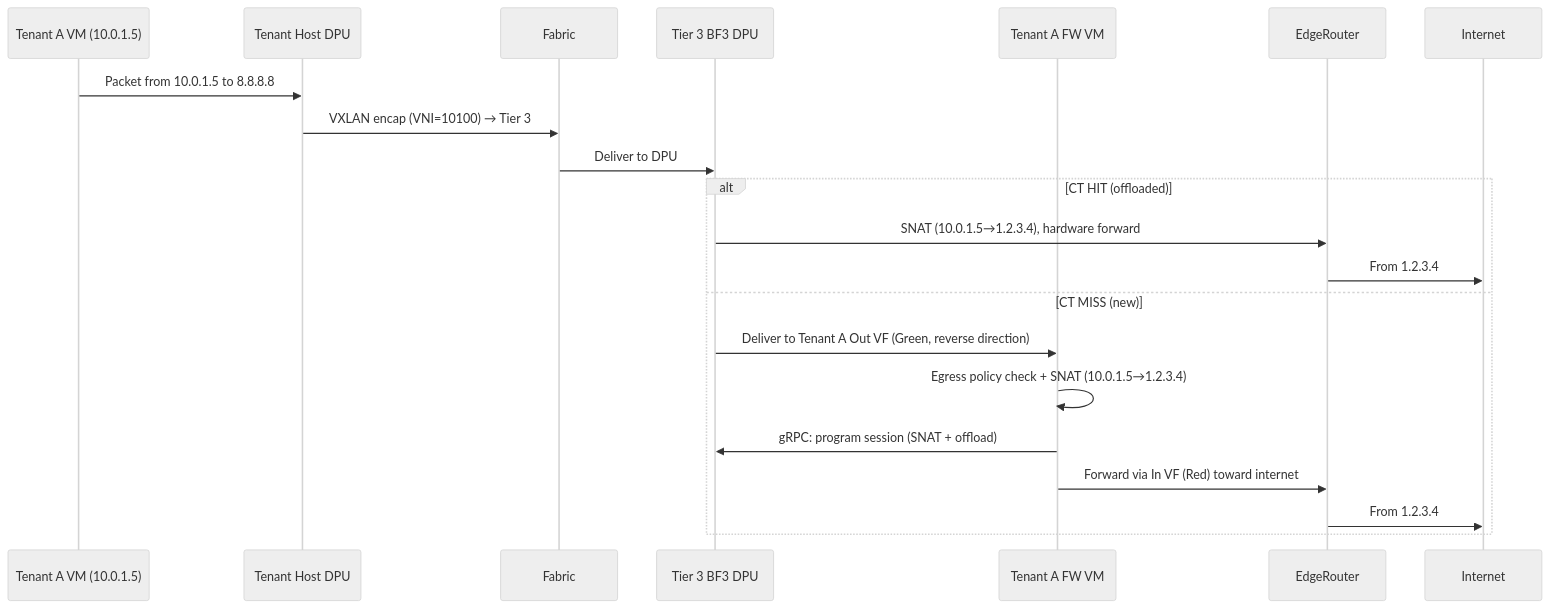
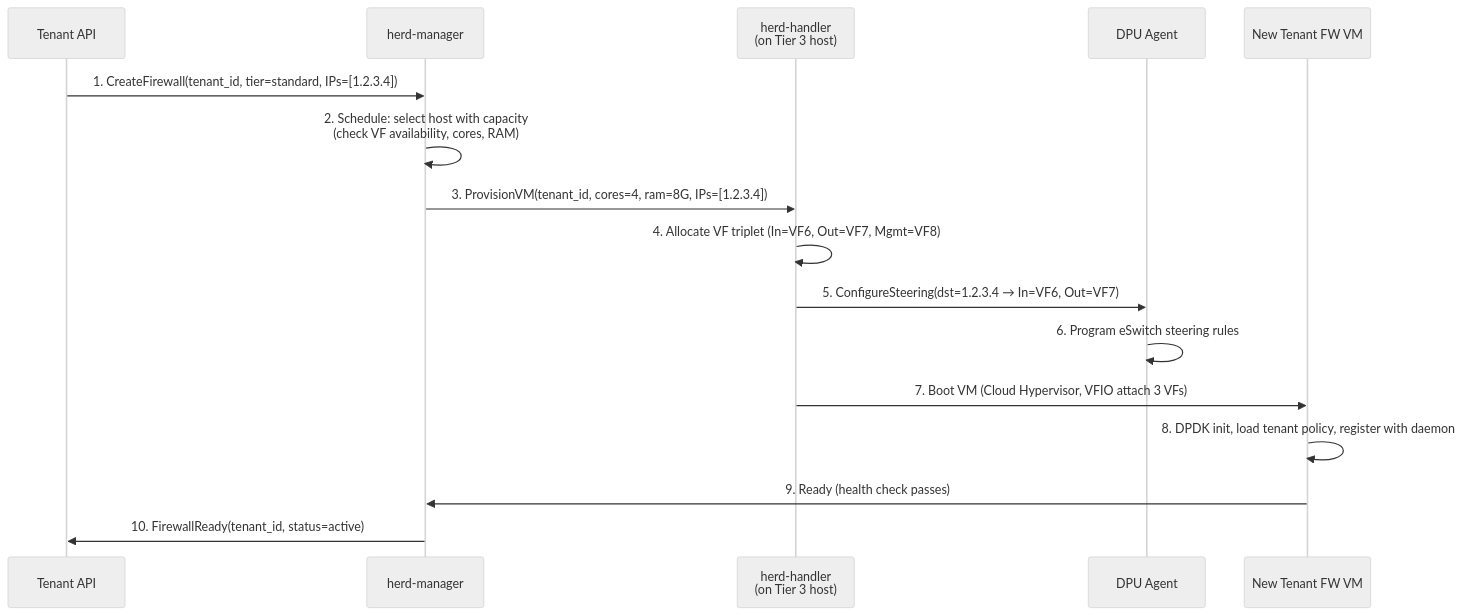
One commit to mara-baysn/technicolor-haze-prism changed the tenth of 11 diagrams in docs/ARCHITECTURE.md. Above: the diagram before and after it, drawn with Mermaid (neutral theme). The commit also changed other lines of this file, not shown here.

First line of the commit message:
docs: rewrite ARCHITECTURE.md — all sections now per-tenant VM model

````diff
--- a/docs/ARCHITECTURE.md
+++ b/docs/ARCHITECTURE.md
@@ -615,25 +535,19 @@
 ```mermaid
 sequenceDiagram
-    participant TenantVM as Tenant A VM (10.0.1.5)
-    participant TenantDPU as Tenant Host DPU
-    participant Fabric
-    participant DPU as Tier 3 BF3 DPU
-    participant FW_VM as Tenant A FW VM
-    participant EdgeRouter
-    participant Internet
+    participant API as Tenant API
+    participant HM as herd-manager
+    participant HH as herd-handler<br/>(on Tier 3 host)
+    participant DPU as DPU Agent
+    participant VM as New Tenant FW VM
 
-    TenantVM->>TenantDPU: Packet from 10.0.1.5 to 8.8.8.8
-    TenantDPU->>Fabric: VXLAN encap (VNI=10100) → Tier 3
-    Fabric->>DPU: Deliver to DPU
-
-    alt CT HIT (offloaded)
-        DPU->>EdgeRouter: SNAT (10.0.1.5→1.2.3.4), hardware forward
-        EdgeRouter->>Internet: From 1.2.3.4
-    else CT MISS (new)
-        DPU->>FW_VM: Deliver to Tenant A Out VF (Green, reverse direction)
-        FW_VM->>FW_VM: Egress policy check + SNAT (10.0.1.5→1.2.3.4)
-        FW_VM->>DPU: gRPC: program session (SNAT + offload)
-        FW_VM->>EdgeRouter: Forward via In VF (Red) toward internet
-        EdgeRouter->>Internet: From 1.2.3.4
-    end
+    API->>HM: 1. CreateFirewall(tenant_id, tier=standard, IPs=[1.2.3.4])
+    HM->>HM: 2. Schedule: select host with capacity<br/>(check VF availability, cores, RAM)
+    HM->>HH: 3. ProvisionVM(tenant_id, cores=4, ram=8G, IPs=[1.2.3.4])
+    HH->>HH: 4. Allocate VF triplet (In=VF6, Out=VF7, Mgmt=VF8)
+    HH->>DPU: 5. ConfigureSteering(dst=1.2.3.4 → In=VF6, Out=VF7)
+    DPU->>DPU: 6. Program eSwitch steering rules
+    HH->>VM: 7. Boot VM (Cloud Hypervisor, VFIO attach 3 VFs)
+    VM->>VM: 8. DPDK init, load tenant policy, register with daemon
+    VM->>HM: 9. Ready (health check passes)
+    HM->>API: 10. FirewallReady(tenant_id, status=active)
 ```
````
